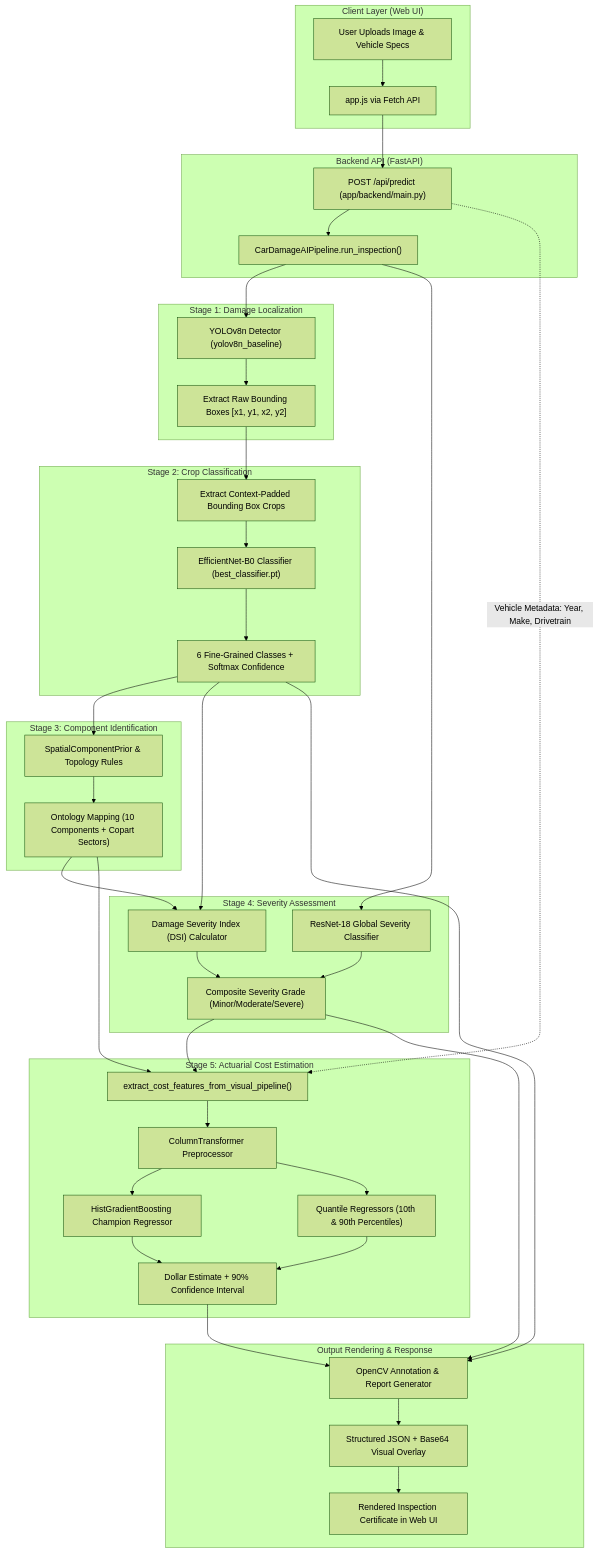
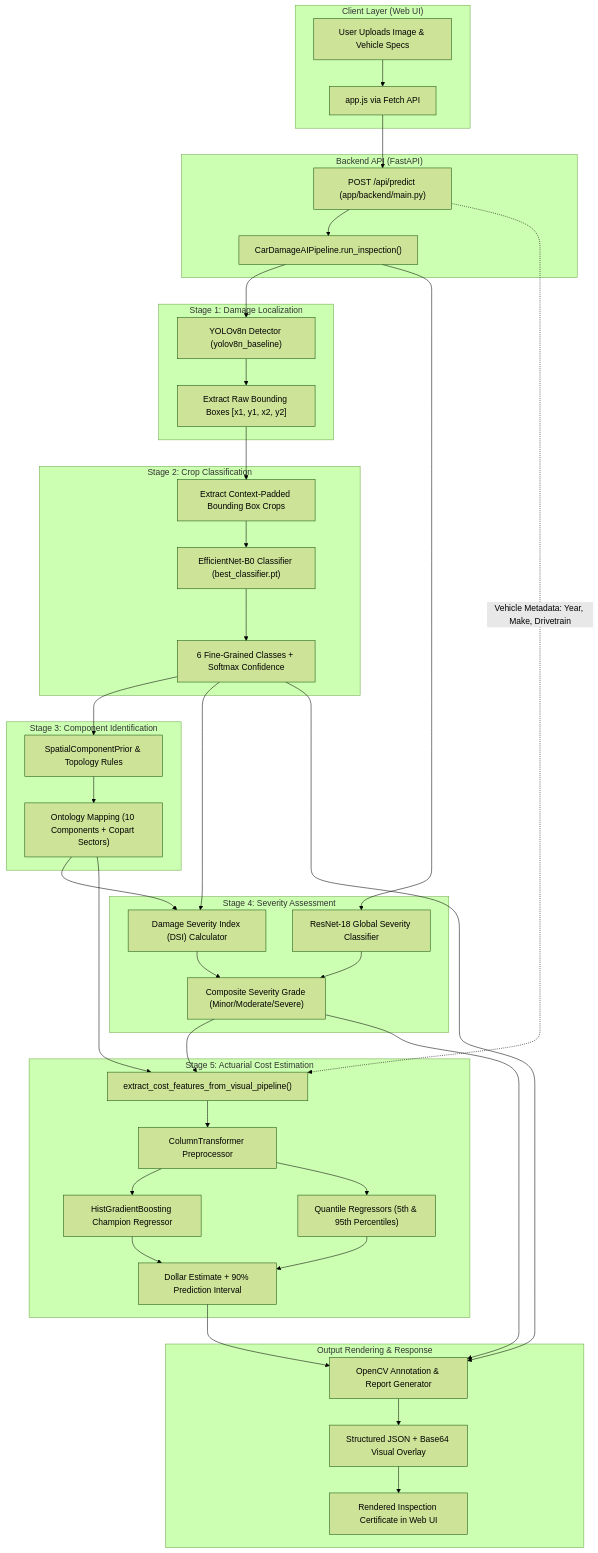
One commit to SANGRAMADHIKARYsrc/AI-Based-Car-Damage-Detection-and-Repair-Cost-Estimation changed the diagram in PROJECT_ARCHITECTURE_AND_DATA_FLOW.md. Above: the diagram before and after it, drawn with Mermaid (forest theme). The commit also changed other lines of this file and 25 other files, not shown here.

````diff
--- a/PROJECT_ARCHITECTURE_AND_DATA_FLOW.md
+++ b/PROJECT_ARCHITECTURE_AND_DATA_FLOW.md
@@ -27,48 +27,48 @@
 ```mermaid
 flowchart TD
     subgraph UI ["Client Layer (Web UI)"]
         A[User Uploads Image & Vehicle Specs] --> B[app.js via Fetch API]
     end
 
     subgraph API ["Backend API (FastAPI)"]
         B --> C["POST /api/predict (app/backend/main.py)"]
         C --> D["CarDamageAIPipeline.run_inspection()"]
     end
 
     subgraph STAGE1 ["Stage 1: Damage Localization"]
         D --> E["YOLOv8n Detector (yolov8n_baseline)"]
         E --> F["Extract Raw Bounding Boxes [x1, y1, x2, y2]"]
     end
 
     subgraph STAGE2 ["Stage 2: Crop Classification"]
         F --> G["Extract Context-Padded Bounding Box Crops"]
         G --> H["EfficientNet-B0 Classifier (best_classifier.pt)"]
         H --> I["6 Fine-Grained Classes + Softmax Confidence"]
     end
 
     subgraph STAGE3 ["Stage 3: Component Identification"]
         I --> J["SpatialComponentPrior & Topology Rules"]
         J --> K["Ontology Mapping (10 Components + Copart Sectors)"]
     end
 
     subgraph STAGE4 ["Stage 4: Severity Assessment"]
         D --> L["ResNet-18 Global Severity Classifier"]
         I & K --> M["Damage Severity Index (DSI) Calculator"]
         L & M --> N["Composite Severity Grade (Minor/Moderate/Severe)"]
     end
 
     subgraph STAGE5 ["Stage 5: Actuarial Cost Estimation"]
         N & K --> O["extract_cost_features_from_visual_pipeline()"]
         C -.-> |Vehicle Metadata: Year, Make, Drivetrain| O
         O --> P["ColumnTransformer Preprocessor"]
         P --> Q["HistGradientBoosting Champion Regressor"]
-        P --> R["Quantile Regressors (10th & 90th Percentiles)"]
-        Q & R --> S["Dollar Estimate + 90% Confidence Interval"]
+        P --> R["Quantile Regressors (5th & 95th Percentiles)"]
+        Q & R --> S["Dollar Estimate + 90% Prediction Interval"]
     end
 
     subgraph OUTPUT ["Output Rendering & Response"]
         S & N & I --> T["OpenCV Annotation & Report Generator"]
         T --> U["Structured JSON + Base64 Visual Overlay"]
         U --> V["Rendered Inspection Certificate in Web UI"]
     end
 ```
````
